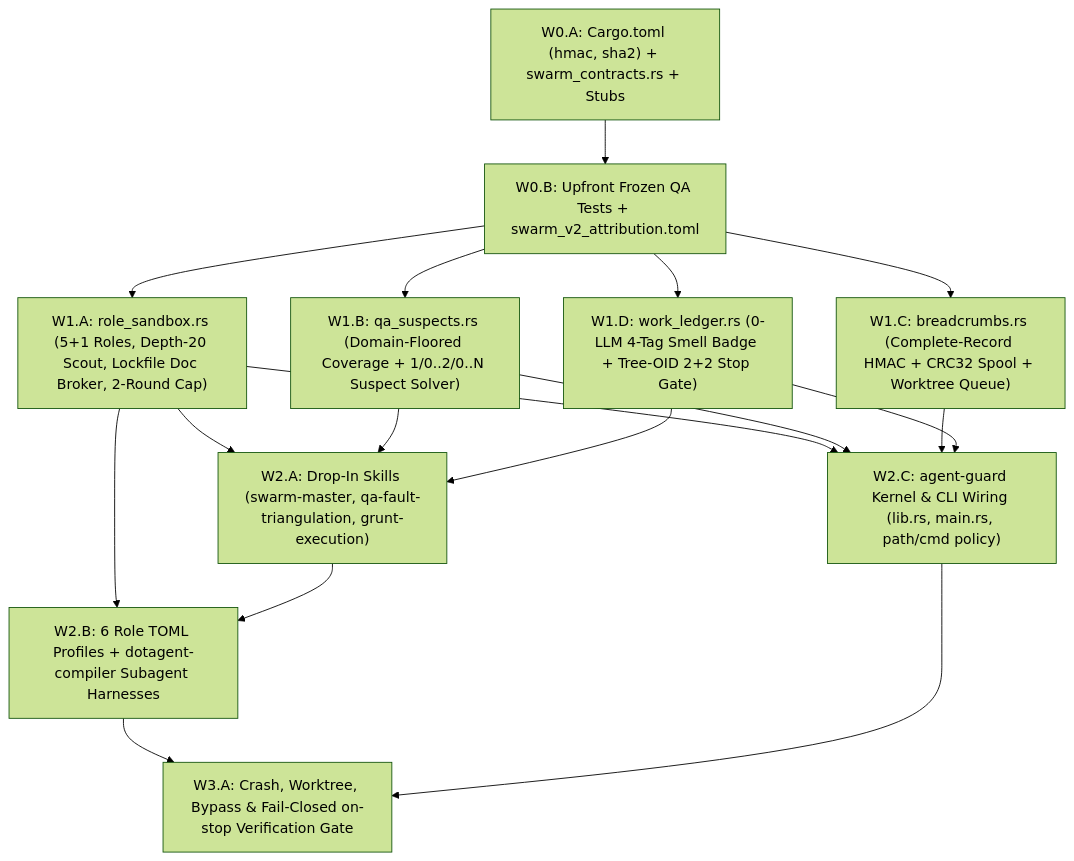
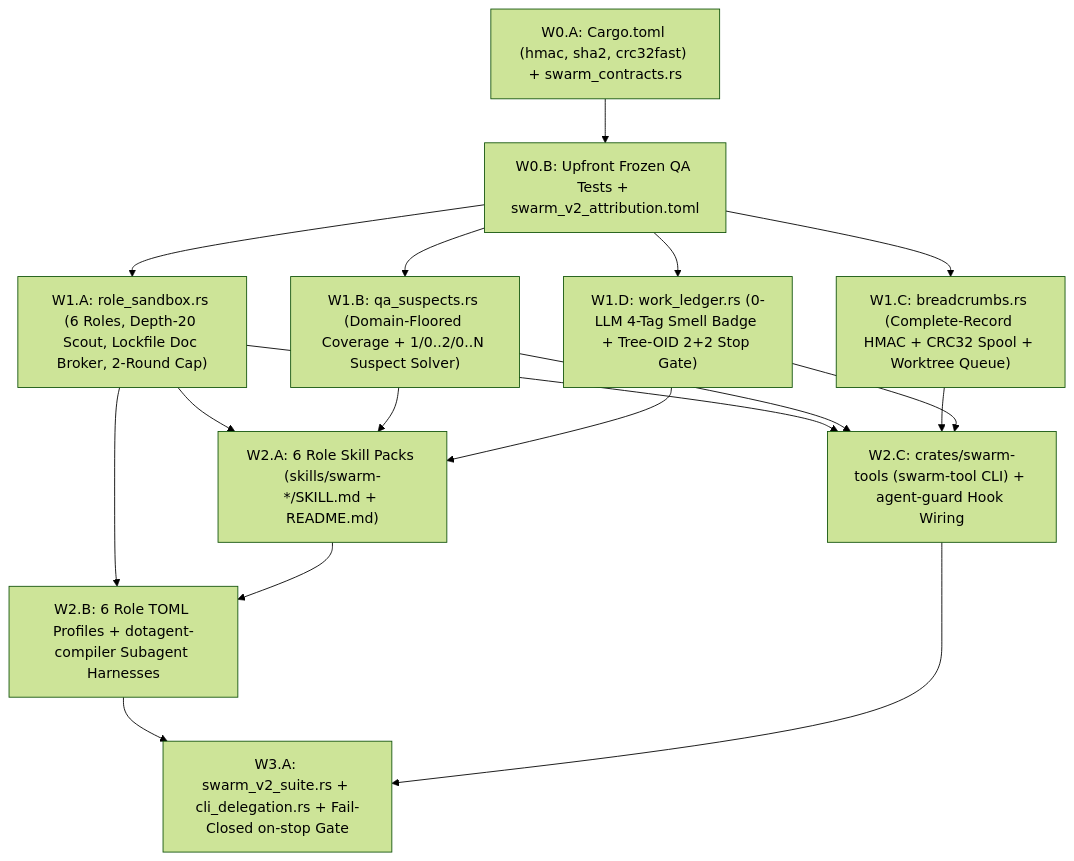
Before and after one commit to susanbdev/dotagent: the diagram in docs/SWARM_IMPLEMENTATION_PLAN.md, drawn with Mermaid (forest theme). The commit also changed other lines of this file and 53 other files, not shown here.

Commit message:
feat(swarm-v2): implement 6 role skill packs, explicit role READMEs, swarm-tool Rust CLI, and provenance gates

````diff
--- a/docs/SWARM_IMPLEMENTATION_PLAN.md
+++ b/docs/SWARM_IMPLEMENTATION_PLAN.md
@@ -27,24 +27,24 @@
 ```mermaid
 flowchart TD
-    W0A["W0.A: Cargo.toml (hmac, sha2) + swarm_contracts.rs + Stubs"] --> W0B["W0.B: Upfront Frozen QA Tests + swarm_v2_attribution.toml"]
+    W0A["W0.A: Cargo.toml (hmac, sha2, crc32fast) + swarm_contracts.rs"] --> W0B["W0.B: Upfront Frozen QA Tests + swarm_v2_attribution.toml"]
 
-    W0B --> W1A["W1.A: role_sandbox.rs (5+1 Roles, Depth-20 Scout, Lockfile Doc Broker, 2-Round Cap)"]
+    W0B --> W1A["W1.A: role_sandbox.rs (6 Roles, Depth-20 Scout, Lockfile Doc Broker, 2-Round Cap)"]
     W0B --> W1B["W1.B: qa_suspects.rs (Domain-Floored Coverage + 1/0..2/0..N Suspect Solver)"]
     W0B --> W1C["W1.C: breadcrumbs.rs (Complete-Record HMAC + CRC32 Spool + Worktree Queue)"]
     W0B --> W1D["W1.D: work_ledger.rs (0-LLM 4-Tag Smell Badge + Tree-OID 2+2 Stop Gate)"]
 
-    W1A --> W2A["W2.A: Drop-In Skills (swarm-master, qa-fault-triangulation, grunt-execution)"]
+    W1A --> W2A["W2.A: 6 Role Skill Packs (skills/swarm-*/SKILL.md + README.md)"]
     W1B --> W2A
     W1D --> W2A
 
     W1A --> W2B["W2.B: 6 Role TOML Profiles + dotagent-compiler Subagent Harnesses"]
     W2A --> W2B
 
-    W1A --> W2C["W2.C: agent-guard Kernel & CLI Wiring (lib.rs, main.rs, path/cmd policy)"]
+    W1A --> W2C["W2.C: crates/swarm-tools (swarm-tool CLI) + agent-guard Hook Wiring"]
     W1B --> W2C
     W1C --> W2C
     W1D --> W2C
 
-    W2B --> W3A["W3.A: Crash, Worktree, Bypass & Fail-Closed on-stop Verification Gate"]
+    W2B --> W3A["W3.A: swarm_v2_suite.rs + cli_delegation.rs + Fail-Closed on-stop Gate"]
     W2C --> W3A
 ```
````
